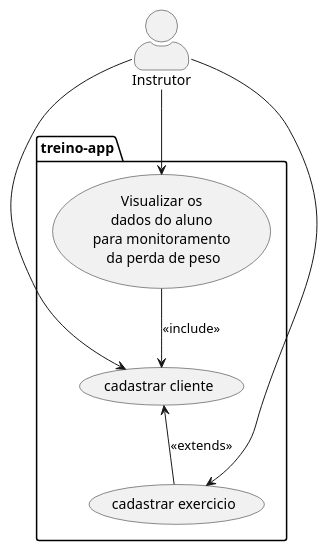
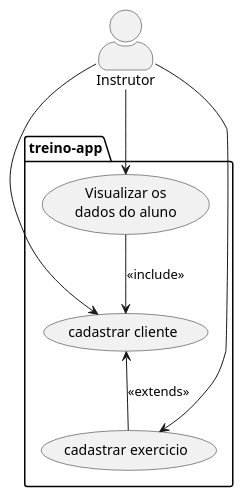
One commit to jeoliveira045/treino.musculacao.app changed the diagram in src/main/resources/treino-app-usecase.plantuml. Above: the diagram before and after it, drawn with PlantUML. The commit also changed 30 other files, not shown here.

```diff
--- a/src/main/resources/treino-app-usecase.plantuml
+++ b/src/main/resources/treino-app-usecase.plantuml
@@ -1,25 +1,23 @@
 @startuml
 
 skinparam actorStyle awesome
 
 actor Instrutor as i
 
 package treino-app{
     usecase "cadastrar cliente" as UC1
     usecase "cadastrar exercicio" as UC2
     usecase UC3 as "
         Visualizar os
         dados do aluno
-        para monitoramento
-         da perda de peso
     "
 }
 
 i --> UC1
 i --> UC2
 UC1 <-- UC2: <<extends>>
 i --> UC3
 UC3 --> UC1:  <<include>>
 
 
 @enduml
```
